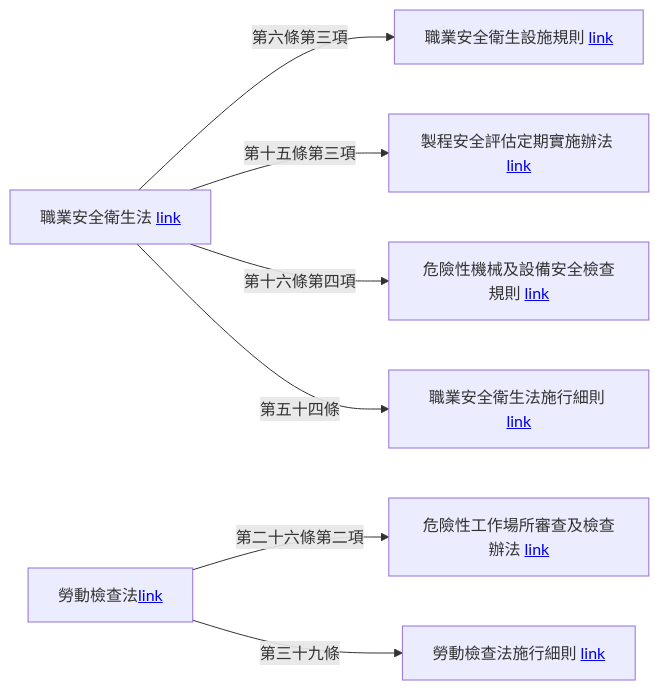
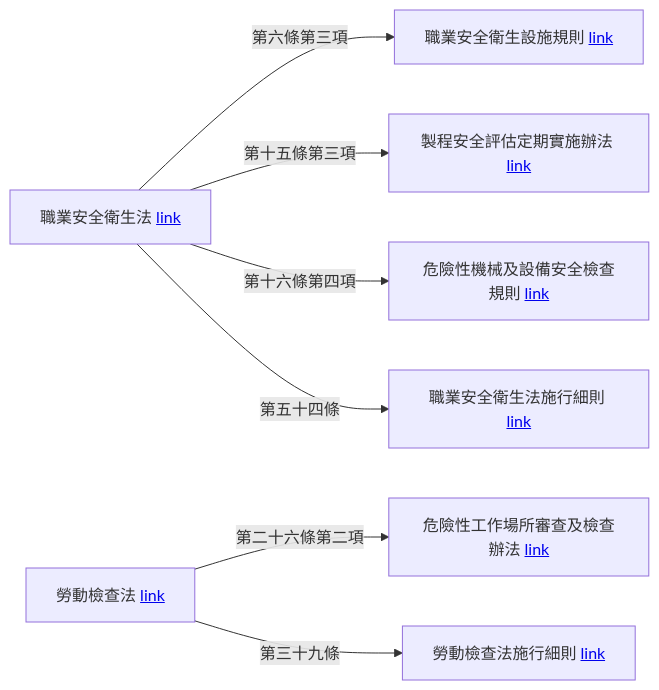
Before and after one commit to YuCH-Hank/OSH: the diagram in docs/法規參考連結.md, drawn with Mermaid. The commit also changed 11 other files, not shown here.

````diff
--- a/docs/法規參考連結.md
+++ b/docs/法規參考連結.md
@@ -3,9 +3,22 @@
 ```mermaid
 flowchart LR
-    A["職業安全衛生法" <a href='https://law.moj.gov.tw/LawClass/LawAll.aspx?pcode=N0060001'>link</a>] --第六條第三項--> B["職業安全衛生設施規則" <a href='https://law.moj.gov.tw/LawClass/LawAll.aspx?pcode=N0060009'>link</a>]
-    A -- 第十五條第三項 --> G["製程安全評估定期實施辦法" <a href='https://law.moj.gov.tw/LawClass/LawAll.aspx?pcode=N0060071'>link</a>]
-    A -- 第十六條第四項 --> D["危險性機械及設備安全檢查規則" <a href='https://law.moj.gov.tw/LawClass/LawAll.aspx?pcode=N0060039'>link</a>]
-    A -- 第五十四條--> C["職業安全衛生法施行細則" <a href='https://law.moj.gov.tw/LawClass/LawAll.aspx?pcode=N0060002'>link</a>]
-    AA["勞動檢查法"<a href='https://law.moj.gov.tw/LawClass/LawAll.aspx?pcode=N0070001'>link</a>] --第二十六條第二項--> E["危險性工作場所審查及檢查辦法" <a href='https://law.moj.gov.tw/LawClass/LawAll.aspx?pcode=N0070019'>link</a>]
-    AA -- 第三十九條 --> F["勞動檢查法施行細則" <a href='https://law.moj.gov.tw/LawClass/LawAll.aspx?pcode=N0070004'>link</a>]
+
+    A["職業安全衛生法" <a href='https://law.moj.gov.tw/LawClass/LawAll.aspx?pcode=N0060001'>link</a>]
+    B["職業安全衛生設施規則" <a href='https://law.moj.gov.tw/LawClass/LawAll.aspx?pcode=N0060009'>link</a>]
+    C["職業安全衛生法施行細則" <a href='https://law.moj.gov.tw/LawClass/LawAll.aspx?pcode=N0060002'>link</a>]
+    D["危險性機械及設備安全檢查規則" <a href='https://law.moj.gov.tw/LawClass/LawAll.aspx?pcode=N0060039'>link</a>]
+    G["製程安全評估定期實施辦法" <a href='https://law.moj.gov.tw/LawClass/LawAll.aspx?pcode=N0060071'>link</a>]
+
+    AA["勞動檢查法" <a href='https://law.moj.gov.tw/LawClass/LawAll.aspx?pcode=N0070001'>link</a>]
+    E["危險性工作場所審查及檢查辦法" <a href='https://law.moj.gov.tw/LawClass/LawAll.aspx?pcode=N0070019'>link</a>]
+    F["勞動檢查法施行細則" <a href='https://law.moj.gov.tw/LawClass/LawAll.aspx?pcode=N0070004'>link</a>]
+
+
+    A -- 第六條第三項 --> B
+    A -- 第十五條第三項 --> G
+    A -- 第十六條第四項 --> D
+    A -- 第五十四條 --> C
+
+    AA --第二十六條第二項--> E
+    AA -- 第三十九條 --> F
 ```
````
